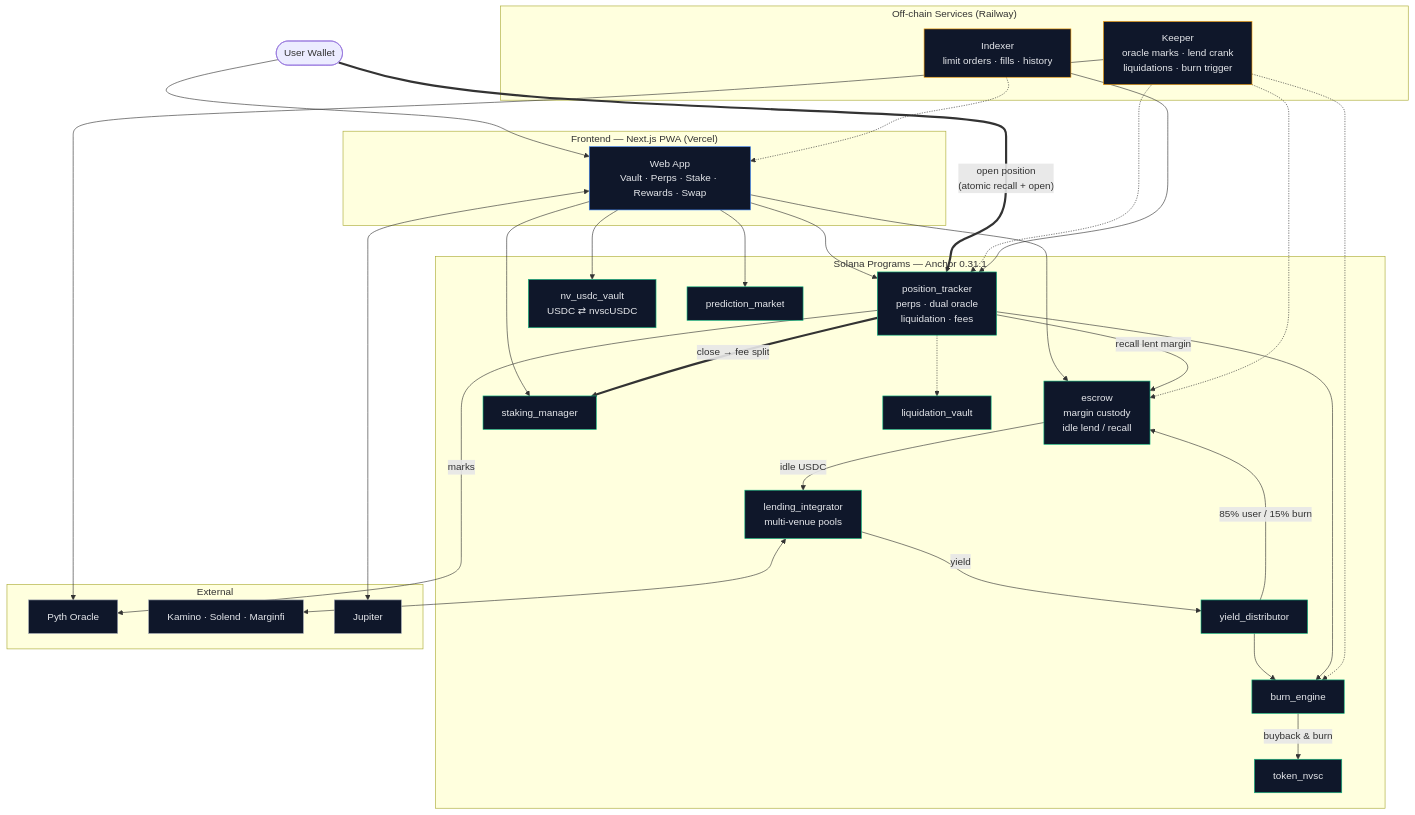
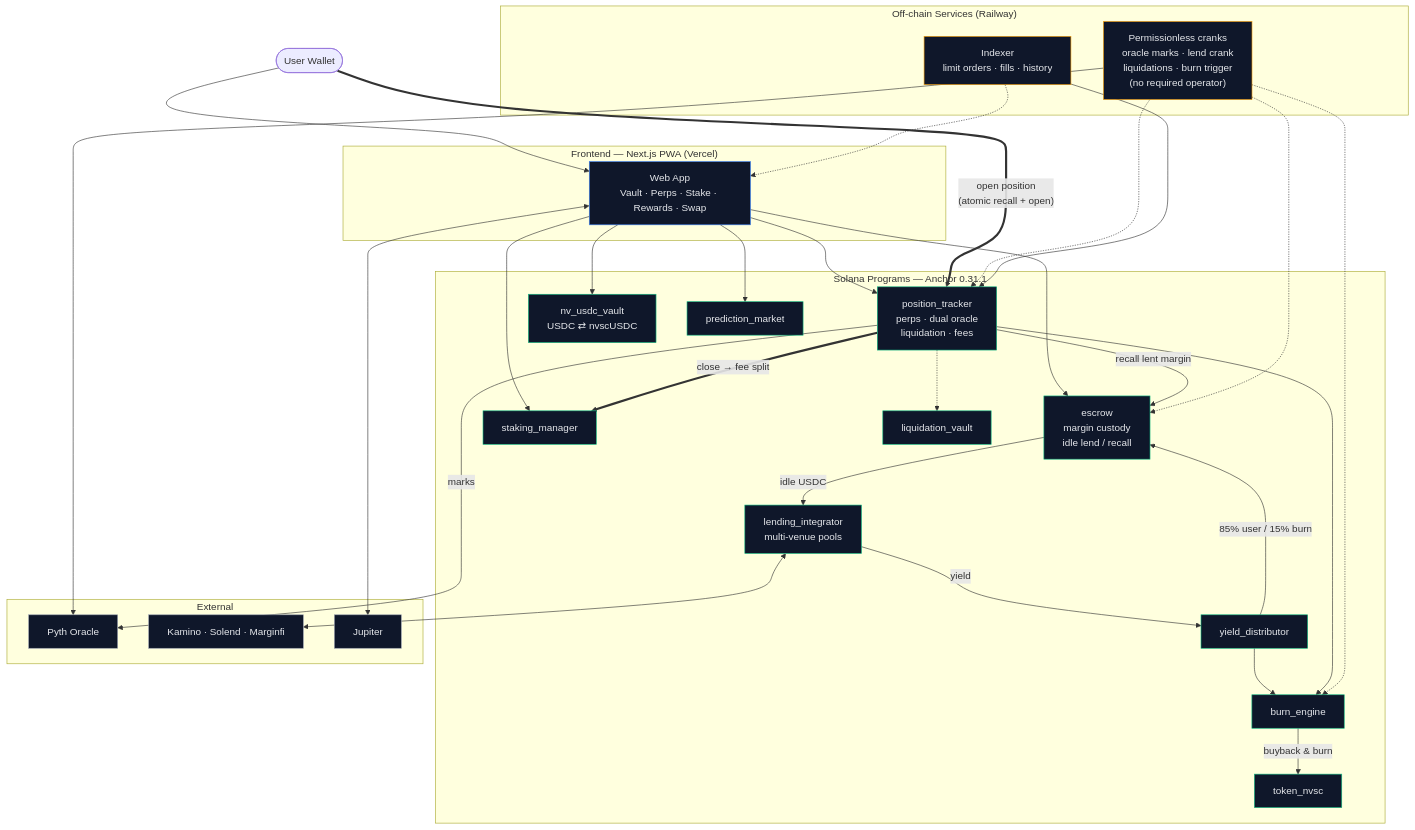
The first of 2 diagrams in README.md (KezzyNgotho/noviscia-protocol), drawn with Mermaid before and after one commit. The commit also changed other lines of this file, not shown here.

````diff
--- a/README.md
+++ b/README.md
@@ -136,72 +136,72 @@
 ```mermaid
 flowchart TB
     User(["User Wallet"])
 
     subgraph FE["Frontend — Next.js PWA (Vercel)"]
         Web["Web App<br/>Vault · Perps · Stake · Rewards · Swap"]
     end
 
     subgraph OFF["Off-chain Services (Railway)"]
-        Keeper["Keeper<br/>oracle marks · lend crank<br/>liquidations · burn trigger"]
+        Cranks["Permissionless cranks<br/>oracle marks · lend crank<br/>liquidations · burn trigger<br/>(no required operator)"]
         Indexer["Indexer<br/>limit orders · fills · history"]
     end
 
     subgraph ONCHAIN["Solana Programs — Anchor 0.31.1"]
         Escrow["escrow<br/>margin custody<br/>idle lend / recall"]
         Lending["lending_integrator<br/>multi-venue pools"]
         PT["position_tracker<br/>perps · dual oracle<br/>liquidation · fees"]
         Vault["nv_usdc_vault<br/>USDC ⇄ nvscUSDC"]
         Yield["yield_distributor"]
         Staking["staking_manager"]
         Burn["burn_engine"]
         Token["token_nvsc"]
         LiqVault["liquidation_vault"]
         Pred["prediction_market"]
     end
 
     subgraph EXT["External"]
         Pyth["Pyth Oracle"]
         Venues["Kamino · Solend · Marginfi"]
         Jup["Jupiter"]
     end
 
     User --> Web
     Web <--> Jup
     Web --> Vault
     Web --> Escrow
     Web --> PT
     Web --> Staking
     Web --> Pred
 
     Escrow -- "idle USDC" --> Lending
     Lending <--> Venues
     Lending -- "yield" --> Yield
     Yield -- "85% user / 15% burn" --> Escrow
     Yield --> Burn
 
     User == "open position<br/>(atomic recall + open)" ==> PT
     PT -- "recall lent margin" --> Escrow
     PT -- "marks" --> Pyth
     PT == "close → fee split" ==> Staking
     PT --> Burn
     PT -.-> LiqVault
 
     Burn -- "buyback & burn" --> Token
 
-    Keeper -.-> PT
-    Keeper -.-> Escrow
-    Keeper -.-> Burn
-    Keeper --> Pyth
+    Cranks -.-> PT
+    Cranks -.-> Escrow
+    Cranks -.-> Burn
+    Cranks --> Pyth
     Indexer --> PT
     Indexer -.-> Web
 
     classDef onchain fill:#0f172a,stroke:#10b981,stroke-width:1px,color:#e5e7eb
     classDef offchain fill:#0f172a,stroke:#f59e0b,stroke-width:1px,color:#e5e7eb
     classDef frontend fill:#0f172a,stroke:#3b82f6,stroke-width:1px,color:#e5e7eb
     classDef external fill:#0f172a,stroke:#9ca3af,stroke-width:1px,color:#e5e7eb
 
     class Escrow,Lending,PT,Vault,Yield,Staking,Burn,Token,LiqVault,Pred onchain
-    class Keeper,Indexer offchain
+    class Cranks,Indexer offchain
     class Web frontend
     class Pyth,Venues,Jup external
 ```
````
